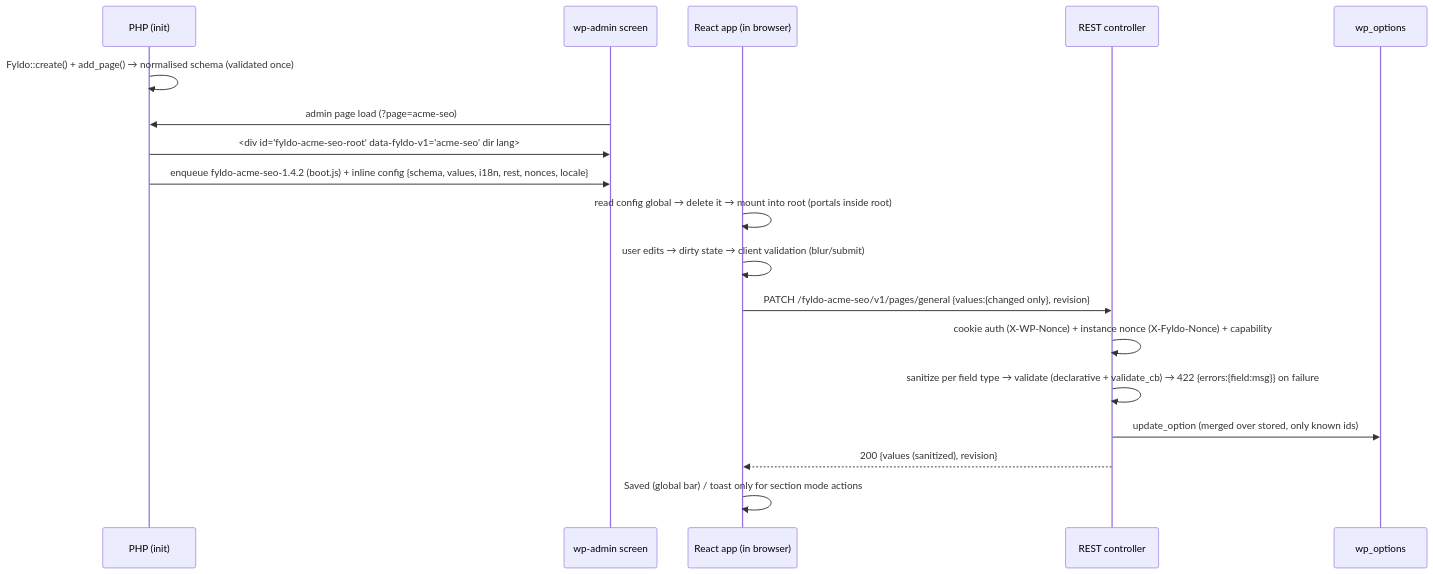
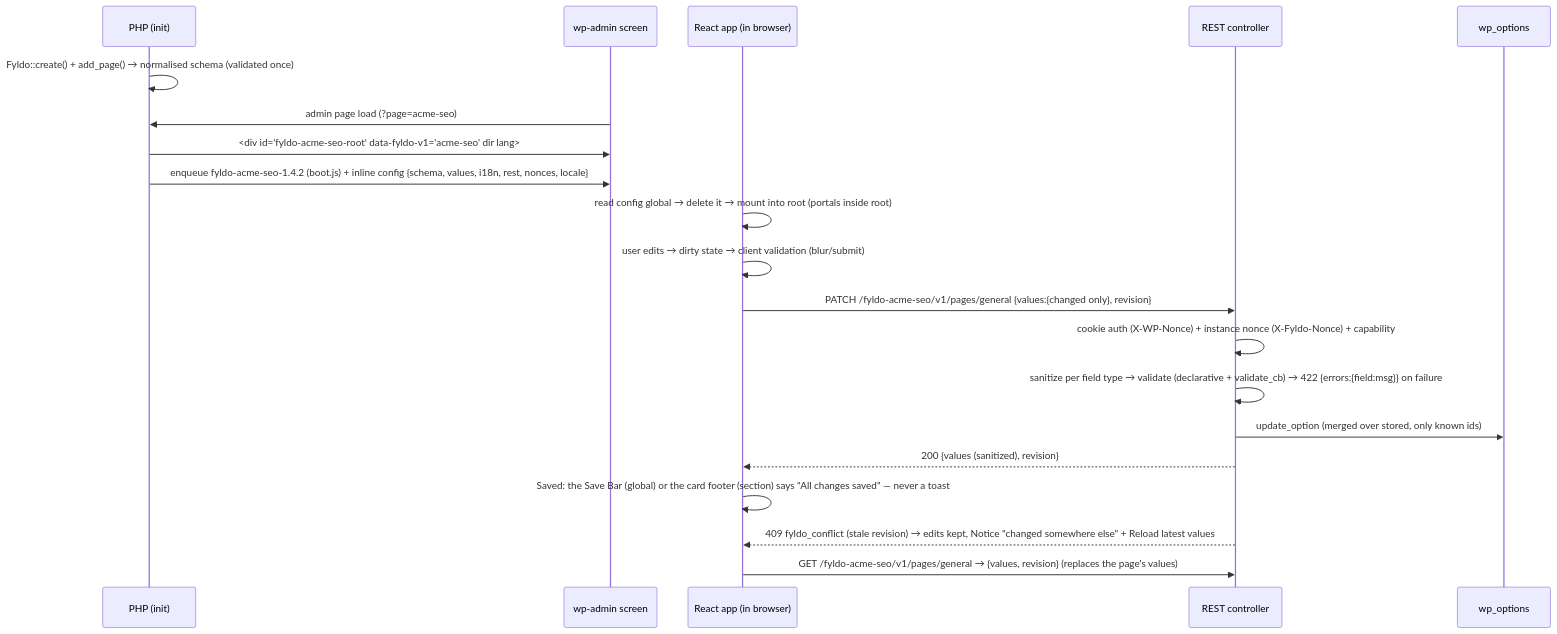
Before and after one commit to SaeedCodez/fyldo: the diagram in docs/ARCHITECTURE.md, drawn with Mermaid. The commit also changed other lines of this file and 2 other files, not shown here.

First line of the commit message:
docs: M3 complete (part 2: save patterns, guard, optimistic concurrency, brand)

````diff
--- a/docs/ARCHITECTURE.md
+++ b/docs/ARCHITECTURE.md
@@ -261,21 +263,23 @@
 ```mermaid
 sequenceDiagram
   participant PHP as PHP (init)
   participant WP as wp-admin screen
   participant JS as React app (in browser)
   participant REST as REST controller
   participant DB as wp_options
 
   PHP->>PHP: Fyldo::create() + add_page() → normalised schema (validated once)
   WP->>PHP: admin page load (?page=acme-seo)
   PHP->>WP: <div id="fyldo-acme-seo-root" data-fyldo-v1="acme-seo" dir lang>
   PHP->>WP: enqueue fyldo-acme-seo-1.4.2 (boot.js) + inline config {schema, values, i18n, rest, nonces, locale}
   JS->>JS: read config global → delete it → mount into root (portals inside root)
   JS->>JS: user edits → dirty state → client validation (blur/submit)
   JS->>REST: PATCH /fyldo-acme-seo/v1/pages/general {values:{changed only}, revision}
   REST->>REST: cookie auth (X-WP-Nonce) + instance nonce (X-Fyldo-Nonce) + capability
   REST->>REST: sanitize per field type → validate (declarative + validate_cb) → 422 {errors:{field:msg}} on failure
   REST->>DB: update_option (merged over stored, only known ids)
   REST-->>JS: 200 {values (sanitized), revision}
-  JS->>JS: Saved (global bar) / toast only for section mode actions
+  JS->>JS: Saved: the Save Bar (global) or the card footer (section) says "All changes saved" — never a toast
+  REST-->>JS: 409 fyldo_conflict (stale revision) → edits kept, Notice "changed somewhere else" + Reload latest values
+  JS->>REST: GET /fyldo-acme-seo/v1/pages/general → {values, revision} (replaces the page's values)
 ```
````
